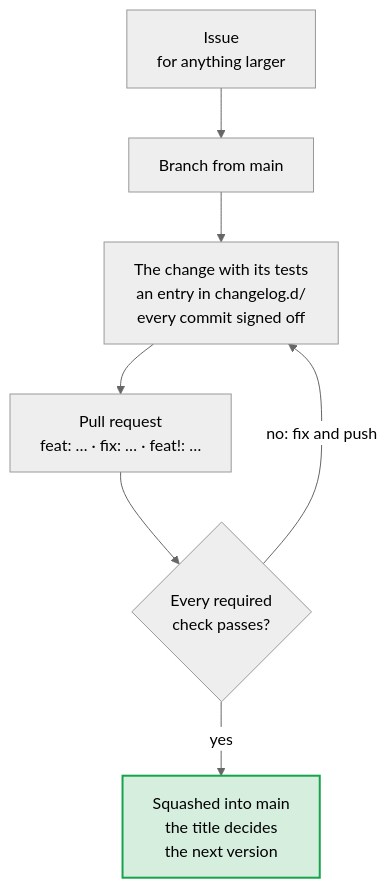
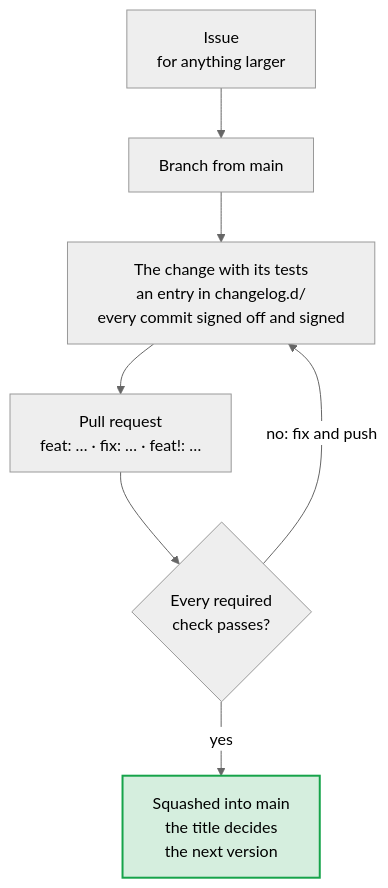
Before and after one commit to Dennis-Otto/repo-blueprint: the diagram in docs/diagrams/the-way-of-a-contribution.mmd, drawn with Mermaid (neutral theme). The commit also changed 36 other files, not shown here.

```diff
--- a/docs/diagrams/the-way-of-a-contribution.mmd
+++ b/docs/diagrams/the-way-of-a-contribution.mmd
@@ -1,22 +1,22 @@
 ---
 config:
   flowchart:
     wrappingWidth: 400
 ---
 flowchart TB
     accTitle: The way of a contribution
-    accDescr: An issue first for anything larger, a branch from main, the change with its tests and an entry in a new file of changelog.d, every commit signed off, and a pull request with a Conventional Commit title. Once every required check passes, it is squashed into main, and its title decides the next version.
+    accDescr: An issue first for anything larger, a branch from main, the change with its tests and an entry in a new file of changelog.d, every commit signed off and signed, and a pull request with a Conventional Commit title. Once every required check passes, it is squashed into main, and its title decides the next version.
 
     issue["Issue<br>for anything larger"]
     branch["Branch from main"]
-    change["`The change with its tests<br>an entry in changelog.d/<br>every commit signed off`"]
+    change["`The change with its tests<br>an entry in changelog.d/<br>every commit signed off and signed`"]
     pr["Pull request<br>feat: … · fix: … · feat!: …"]
     checks{"Every required<br>check passes?"}
     main["Squashed into main<br>the title decides<br>the next version"]
 
     issue --> branch --> change --> pr --> checks
     checks -- "yes" --> main
     checks -- "no: fix and push" --> change
 
     classDef done fill:#16a34a2e,stroke:#16a34a,stroke-width:2px
     class main done
```
